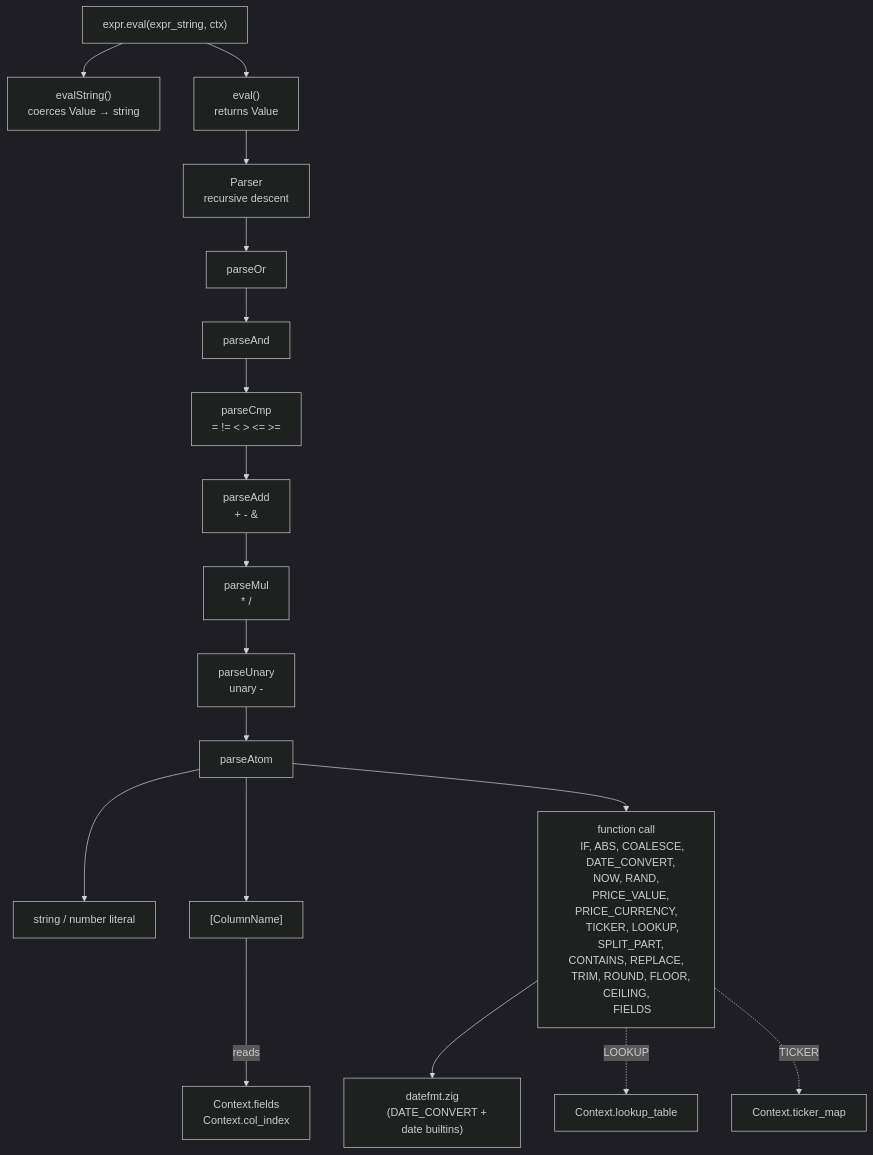
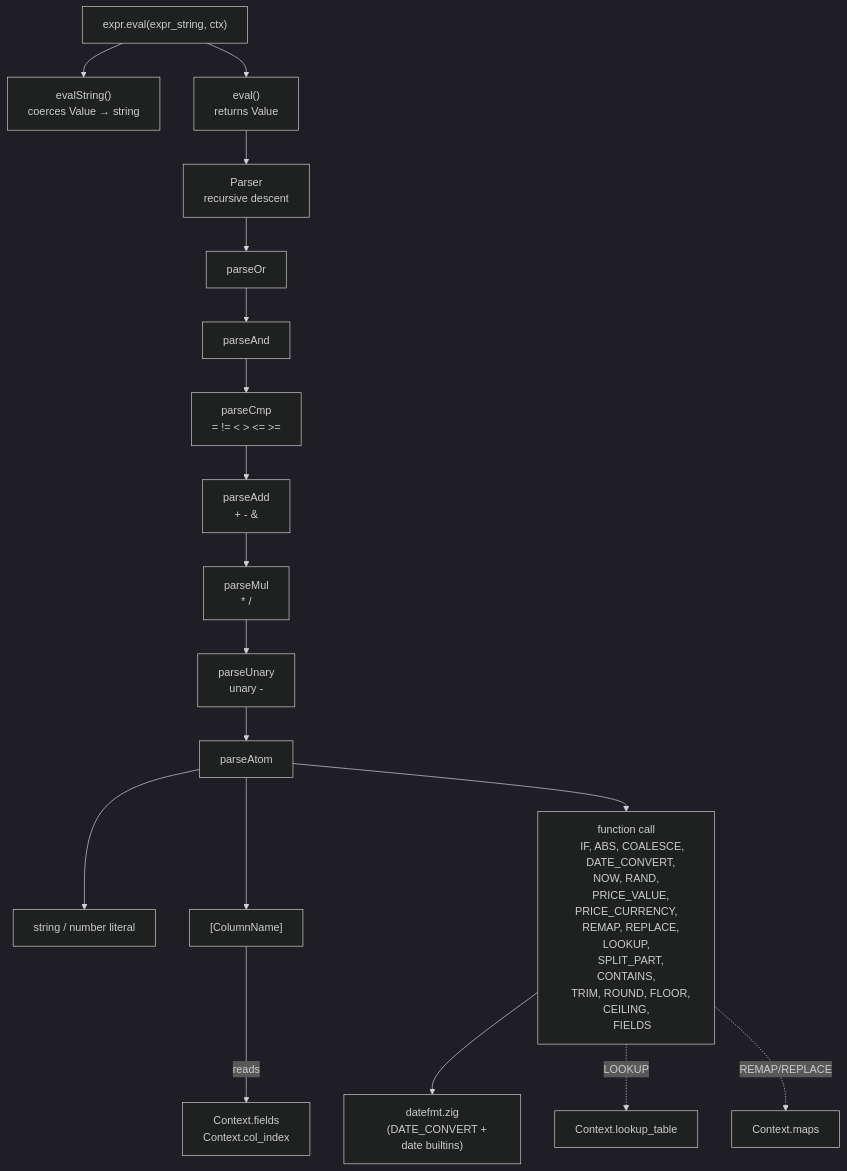
Before and after one commit to zaxified/bxp: the sixth of 17 diagrams in docs/architecture.md, drawn with Mermaid (dark theme). The commit also changed other lines of this file and 43 other files, not shown here.

First line of the commit message:
feat(expr): REMAP builtin + unified `maps` registry, retire TICKER/ticker_map

````diff
--- a/docs/architecture.md
+++ b/docs/architecture.md
@@ -464,38 +464,38 @@
 ```mermaid
 graph TD
     CALL["expr.eval(expr_string, ctx)"]
     CALL --> ES["evalString()
     coerces Value → string"]
     CALL --> EV["eval()
     returns Value"]
     EV --> PARSE["Parser
     recursive descent"]
     PARSE --> OR["parseOr"]
     OR --> AND["parseAnd"]
     AND --> CMP["parseCmp
     = != < > <= >="]
     CMP --> ADD["parseAdd
     + - &"]
     ADD --> MUL["parseMul
     * /"]
     MUL --> UNARY["parseUnary
     unary -"]
     UNARY --> ATOM["parseAtom"]
     ATOM --> LIT["string / number literal"]
     ATOM --> FIELD["[ColumnName]"]
     ATOM --> FUNC["function call
     IF, ABS, COALESCE,
     DATE_CONVERT, NOW, RAND,
     PRICE_VALUE, PRICE_CURRENCY,
-    TICKER, LOOKUP,
-    SPLIT_PART, CONTAINS, REPLACE,
+    REMAP, REPLACE, LOOKUP,
+    SPLIT_PART, CONTAINS,
     TRIM, ROUND, FLOOR, CEILING,
     FIELDS"]
     FUNC --> DATEFMT_CALL["datefmt.zig
     (DATE_CONVERT + date builtins)"]
 
     FIELD -->|reads| CTX_FIELDS["Context.fields
     Context.col_index"]
     FUNC -.LOOKUP.-> CTX_LT["Context.lookup_table"]
-    FUNC -.TICKER.-> CTX_TM["Context.ticker_map"]
+    FUNC -."REMAP/REPLACE".-> CTX_TM["Context.maps"]
 ```
````
